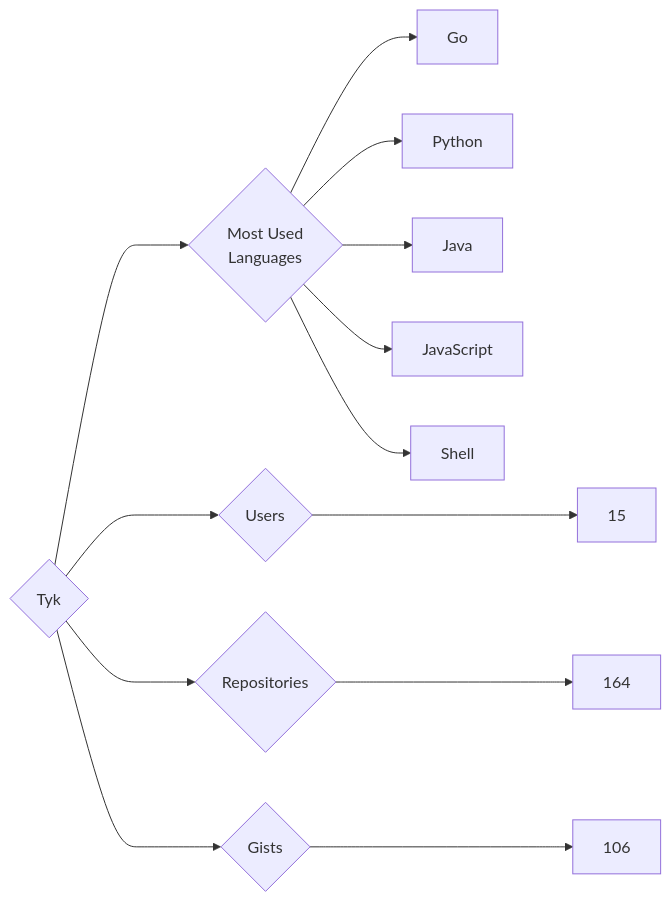
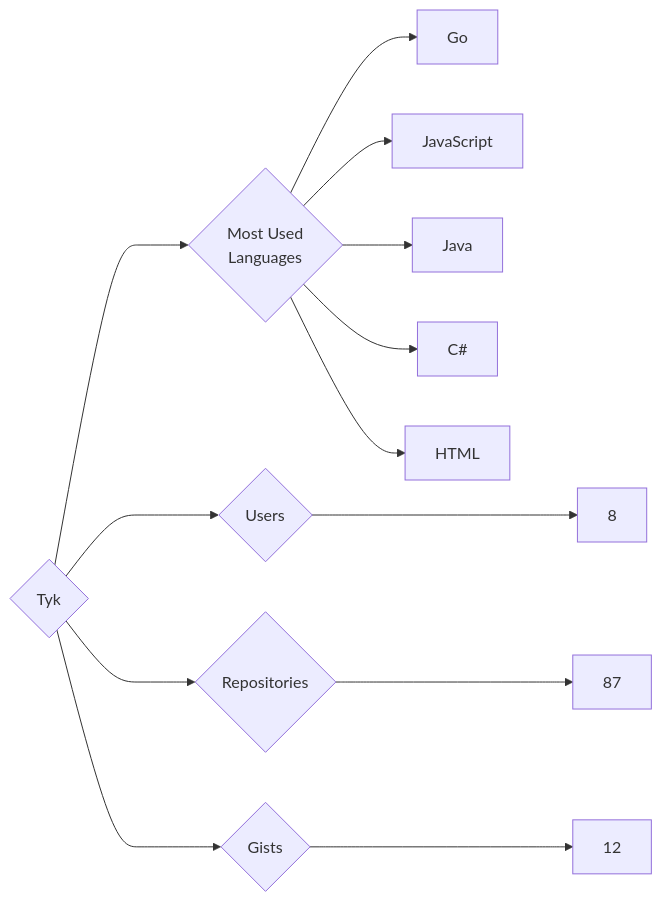
One commit to trickest/insiders changed the diagram in targets/Tyk/README.md. Above: the diagram before and after it, drawn with Mermaid. The commit also changed 787 other files, not shown here.

````diff
--- a/targets/Tyk/README.md
+++ b/targets/Tyk/README.md
@@ -3,13 +3,13 @@
 ```mermaid
 graph LR
 COMPANY_NAME{Tyk}
-COMPANY_NAME ---> U{Users} ---> UN[15]
-COMPANY_NAME ---> R{Repositories} ---> RN[164]
-COMPANY_NAME ---> G{Gists} ---> GN[106]
+COMPANY_NAME ---> U{Users} ---> UN[8]
+COMPANY_NAME ---> R{Repositories} ---> RN[87]
+COMPANY_NAME ---> G{Gists} ---> GN[12]
 COMPANY_NAME ---> ML{Most Used<br>Languages}
 ML --> Go[Go]
-ML --> Python[Python]
+ML --> JavaScript[JavaScript]
 ML --> Java[Java]
-ML --> JavaScript[JavaScript]
-ML --> Shell[Shell]
+ML --> C#[C#]
+ML --> HTML[HTML]
 ```
````
